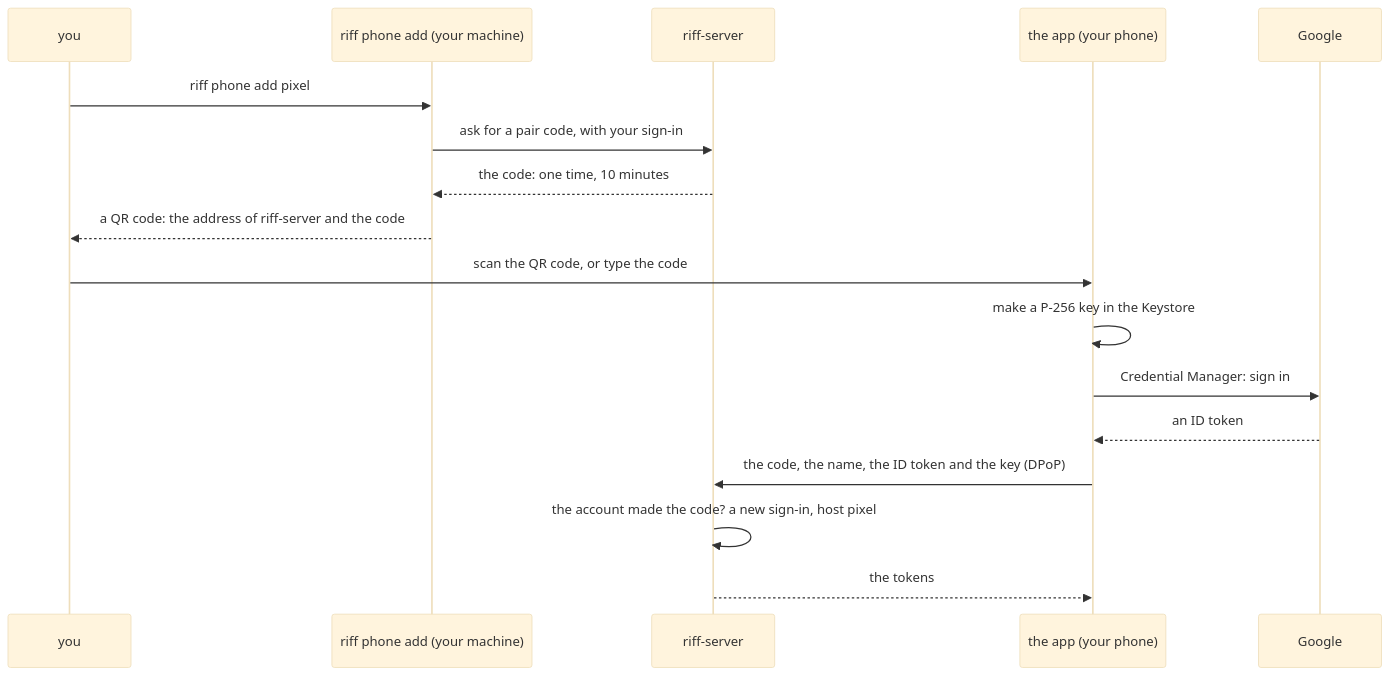
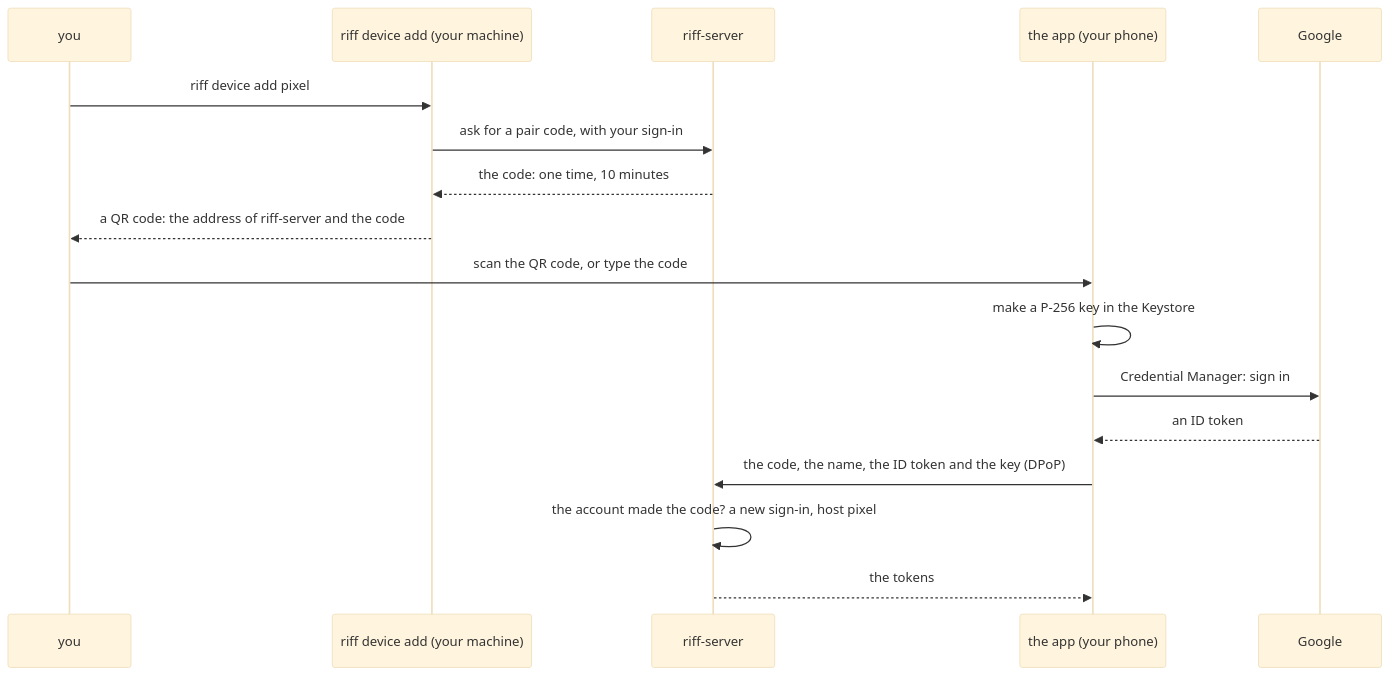
One commit to como-technologies/riff changed the second of 3 diagrams in docs/src/riff-mobile.md. Above: the diagram before and after it, drawn with Mermaid (base theme). The commit also changed other lines of this file and 1 other file, not shown here.

Commit message:
riff-mobile.md: riff device add, list and remove for each kind of device; the kind sets the scope (#951)

````diff
--- a/docs/src/riff-mobile.md
+++ b/docs/src/riff-mobile.md
@@ -97,19 +103,19 @@
 ```mermaid
 sequenceDiagram
     participant P as you
-    participant M as riff phone add (your machine)
+    participant M as riff device add (your machine)
     participant S as riff-server
     participant A as the app (your phone)
     participant G as Google
-    P->>M: riff phone add pixel
+    P->>M: riff device add pixel
     M->>S: ask for a pair code, with your sign-in
     S-->>M: the code: one time, 10 minutes
     M-->>P: a QR code: the address of riff-server and the code
     P->>A: scan the QR code, or type the code
     A->>A: make a P-256 key in the Keystore
     A->>G: Credential Manager: sign in
     G-->>A: an ID token
     A->>S: the code, the name, the ID token and the key (DPoP)
     S->>S: the account made the code? a new sign-in, host pixel
     S-->>A: the tokens
 ```
````
